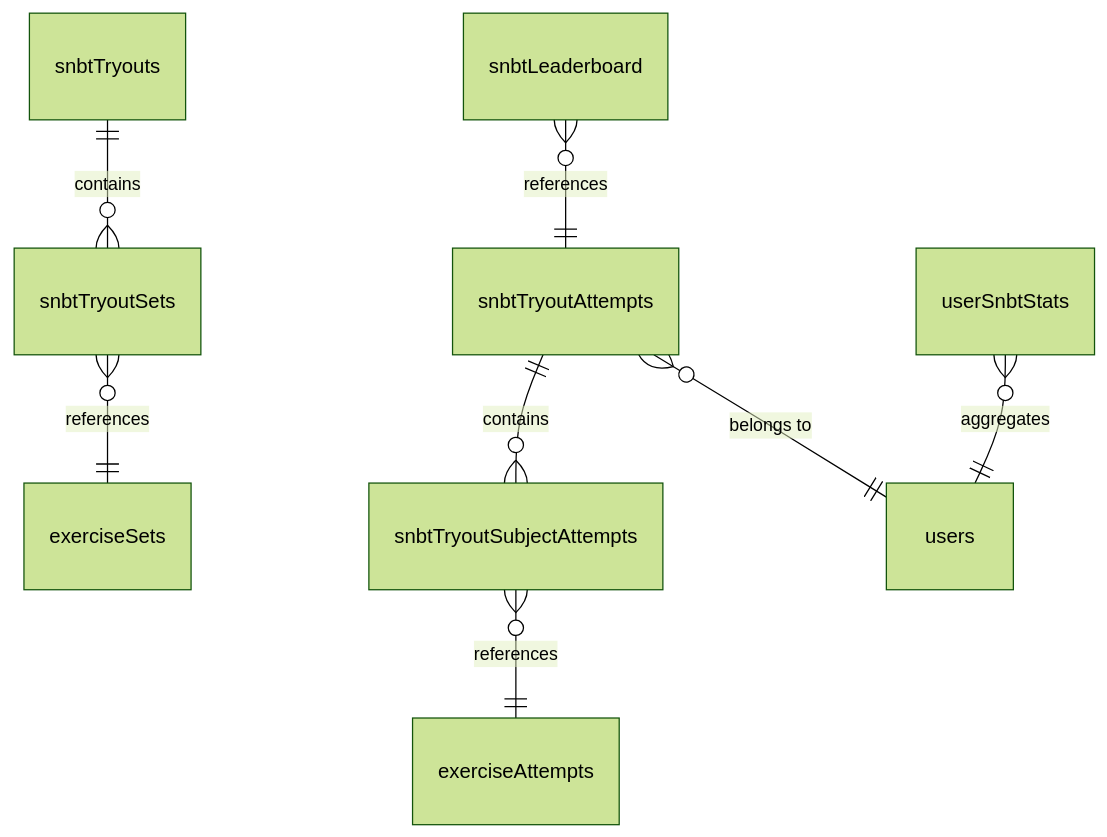
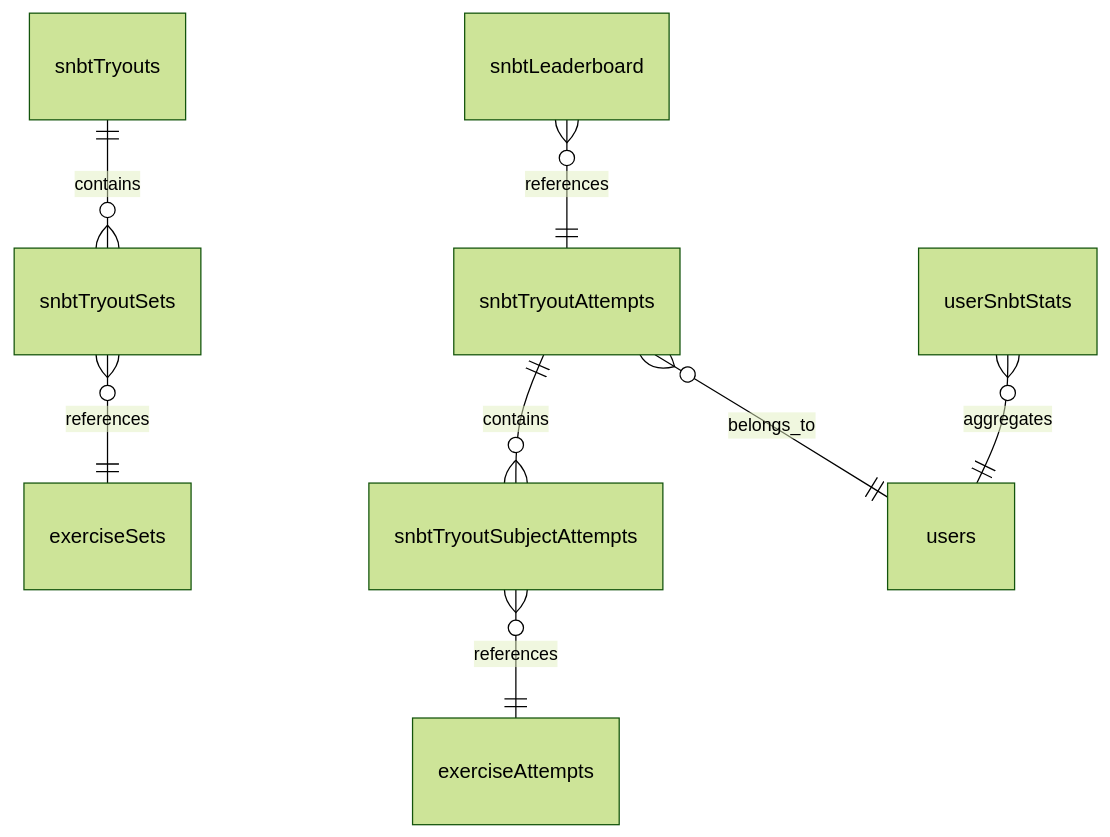
One commit to nakafaai/nakafa.com changed the first of 2 diagrams in packages/backend/convex/snbt/README.md. Above: the diagram before and after it, drawn with Mermaid (forest theme). The commit also changed other lines of this file and 13 other files, not shown here.

First line of the commit message:
Add SNBT tryout helpers and exercise origin

````diff
--- a/packages/backend/convex/snbt/README.md
+++ b/packages/backend/convex/snbt/README.md
@@ -7,10 +18,10 @@
 ```mermaid
 erDiagram
     snbtTryouts ||--o{ snbtTryoutSets : contains
     snbtTryoutSets }o--|| exerciseSets : references
     snbtTryoutAttempts ||--o{ snbtTryoutSubjectAttempts : contains
     snbtTryoutSubjectAttempts }o--|| exerciseAttempts : references
-    snbtTryoutAttempts }o--|| users : "belongs to"
+    snbtTryoutAttempts }o--|| users : belongs_to
     snbtLeaderboard }o--|| snbtTryoutAttempts : references
     userSnbtStats }o--|| users : aggregates
 ```
````
